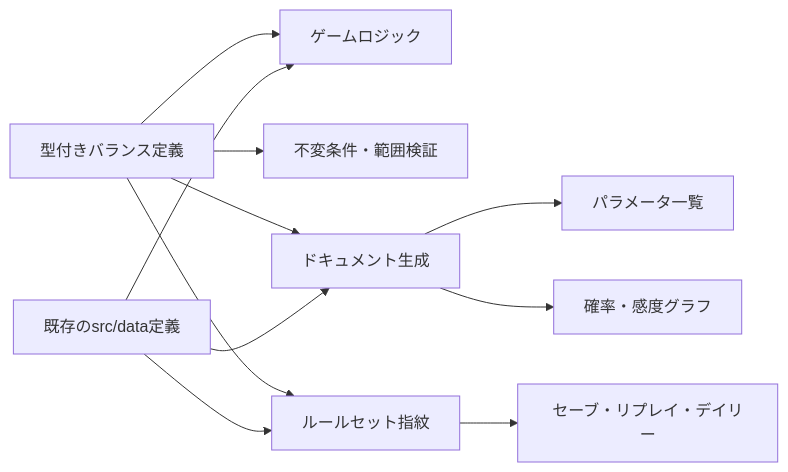
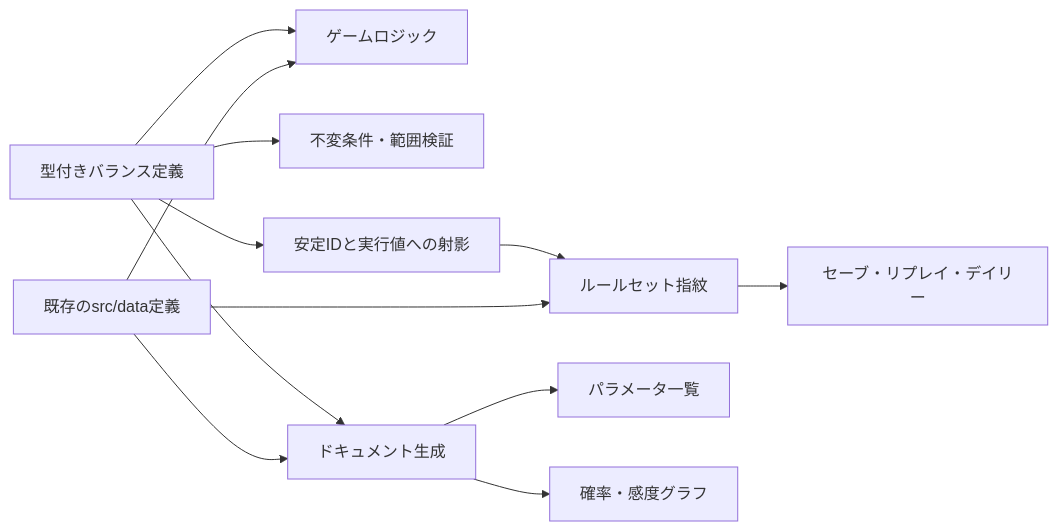
Before and after one commit to nimiusrd/devops-tycoon: the diagram in plan/balance-ssot-plan.md, drawn with Mermaid. The commit also changed other lines of this file and 1 other file, not shown here.

````diff
--- a/plan/balance-ssot-plan.md
+++ b/plan/balance-ssot-plan.md
@@ -108,13 +110,14 @@
 ```mermaid
 flowchart LR
     registry["型付きバランス定義"] --> game["ゲームロジック"]
     registry --> validate["不変条件・範囲検証"]
     registry --> generator["ドキュメント生成"]
-    registry --> fingerprint["ルールセット指紋"]
+    registry --> runtimeProjection["安定IDと実行値への射影"]
+    runtimeProjection --> fingerprint["ルールセット指紋"]
     content["既存のsrc/data定義"] --> game
     content --> generator
     content --> fingerprint
     generator --> tables["パラメータ一覧"]
     generator --> graphs["確率・感度グラフ"]
     fingerprint --> saves["セーブ・リプレイ・デイリー"]
 ```
````
